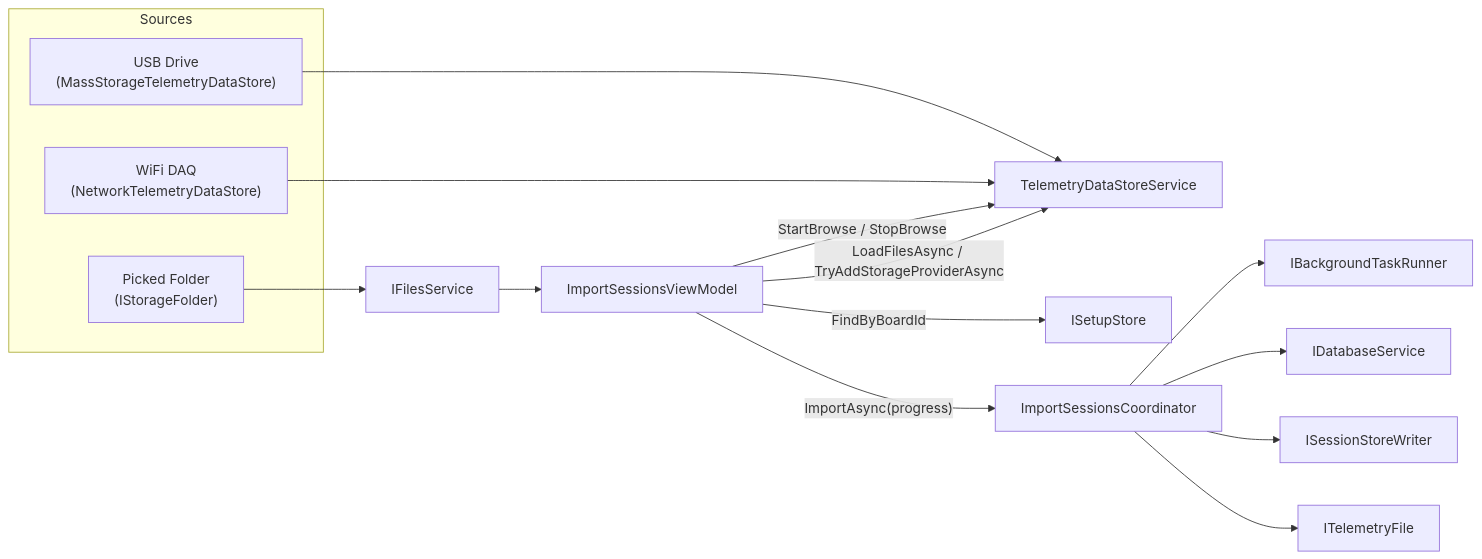
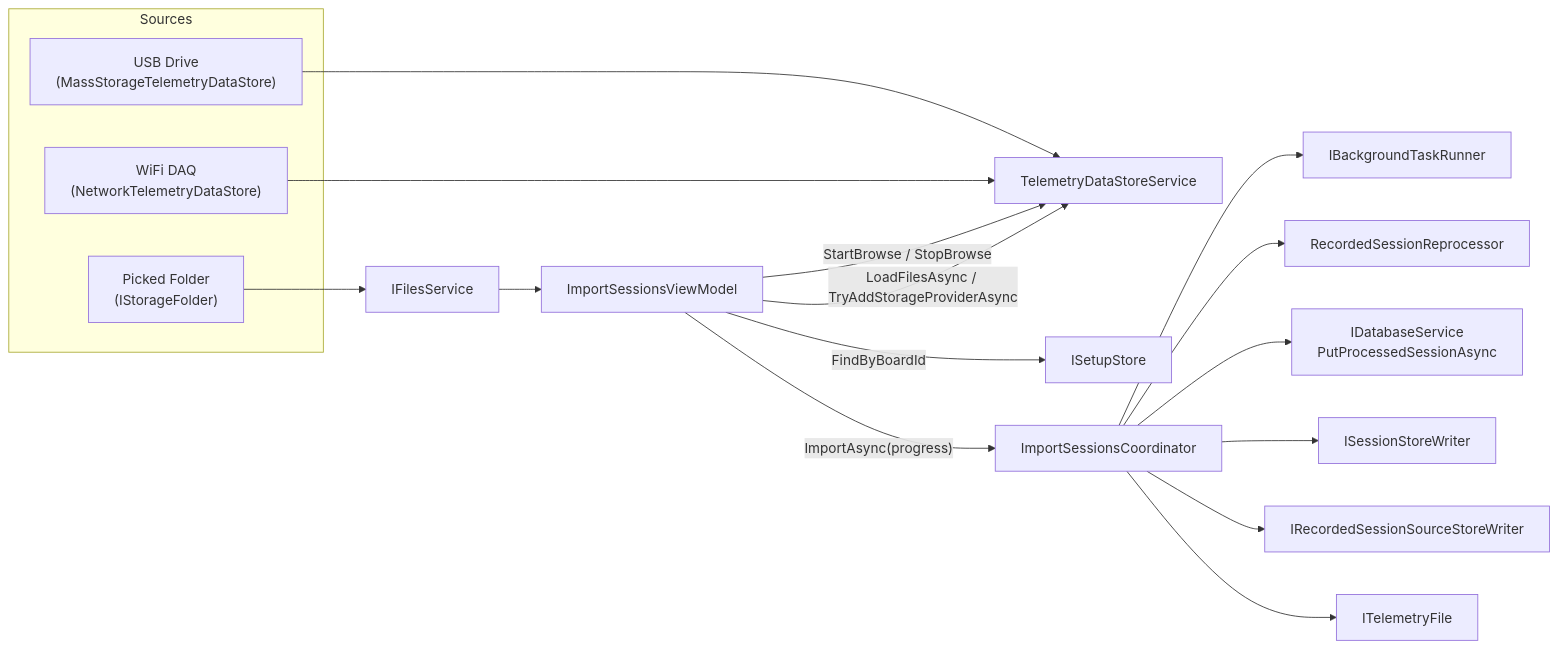
Before and after one commit to MoridinBG/Sufni.app: the first of 2 diagrams in docs/architecture/acquisition.md, drawn with Mermaid. The commit also changed other lines of this file and 10 other files, not shown here.

````diff
--- a/docs/architecture/acquisition.md
+++ b/docs/architecture/acquisition.md
@@ -9,21 +9,23 @@
 ```mermaid
 graph LR
     subgraph Sources
         USB["USB Drive<br/>(MassStorageTelemetryDataStore)"]
         WiFi["WiFi DAQ<br/>(NetworkTelemetryDataStore)"]
         Picker["Picked Folder<br/>(IStorageFolder)"]
     end
 
     Picker --> Files["IFilesService"]
     USB --> DSS["TelemetryDataStoreService"]
     WiFi --> DSS
     Files --> Import["ImportSessionsViewModel"]
     Import -->|"StartBrowse / StopBrowse"| DSS
     Import -->|"LoadFilesAsync / TryAddStorageProviderAsync"| DSS
     Import -->|"FindByBoardId"| SetupStore["ISetupStore"]
     Import -->|"ImportAsync(progress)"| Coord["ImportSessionsCoordinator"]
     Coord --> Runner["IBackgroundTaskRunner"]
-    Coord --> DB["IDatabaseService"]
+    Coord --> Reprocessor["RecordedSessionReprocessor"]
+    Coord --> DB["IDatabaseService<br/>PutProcessedSessionAsync"]
     Coord --> SessionStore["ISessionStoreWriter"]
+    Coord --> SourceStore["IRecordedSessionSourceStoreWriter"]
     Coord --> TelemetryFile["ITelemetryFile"]
 ```
````
